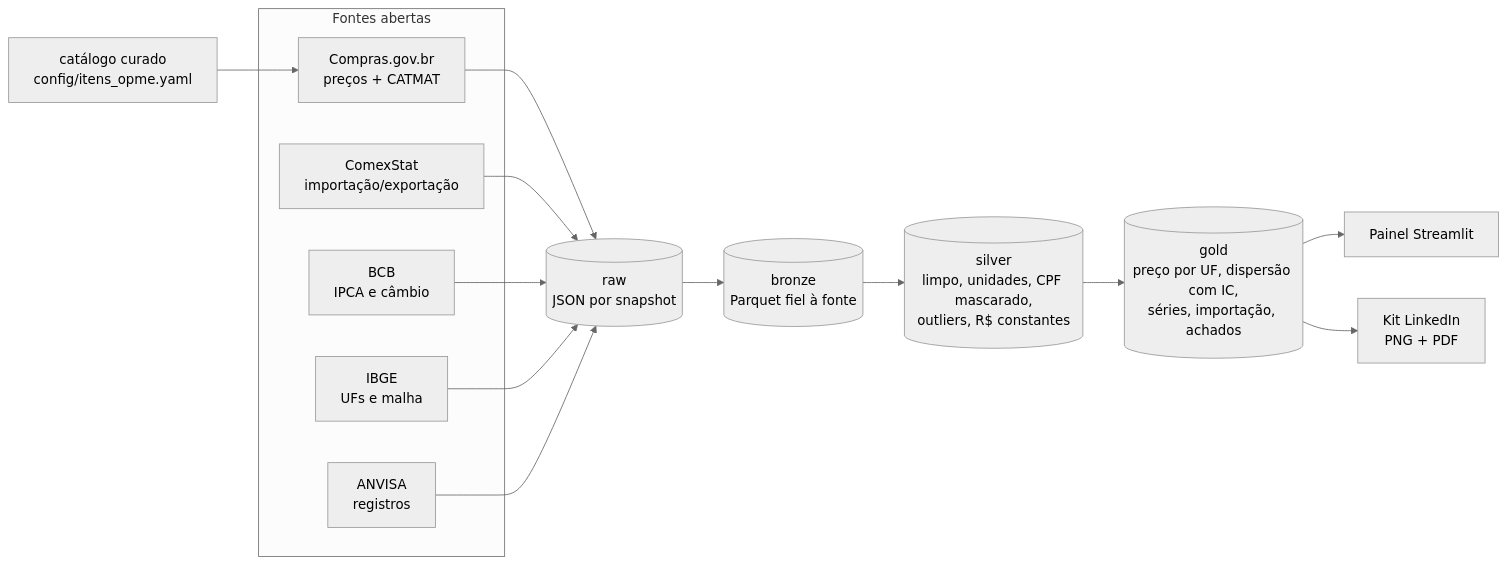
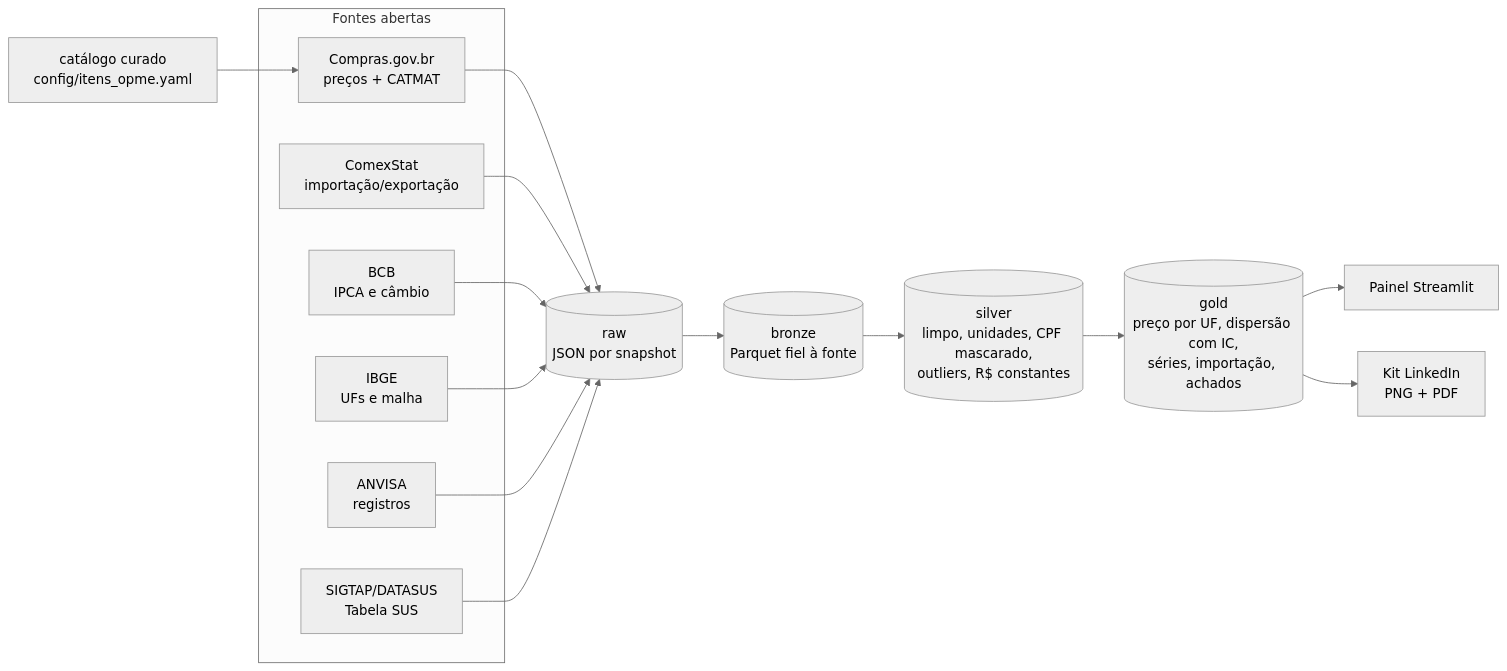
Before and after one commit to gorc-supply/raio-x-opme: the diagram in README.md, drawn with Mermaid (neutral theme). The commit also changed other lines of this file and 37 other files, not shown here.

First line of the commit message:
feat(sigtap): Tabela SUS (SIGTAP) × preço praticado nas compras públicas

````diff
--- a/README.md
+++ b/README.md
@@ -56,17 +56,18 @@
 ```mermaid
 flowchart LR
     subgraph Fontes abertas
         A[Compras.gov.br<br/>preços + CATMAT]
         B[ComexStat<br/>importação/exportação]
         C[BCB<br/>IPCA e câmbio]
         D[IBGE<br/>UFs e malha]
         E[ANVISA<br/>registros]
+        F[SIGTAP/DATASUS<br/>Tabela SUS]
     end
-    A & B & C & D & E --> R[(raw<br/>JSON por snapshot)]
+    A & B & C & D & E & F --> R[(raw<br/>JSON por snapshot)]
     R --> BZ[(bronze<br/>Parquet fiel à fonte)]
     BZ --> S[(silver<br/>limpo, unidades, CPF mascarado,<br/>outliers, R$ constantes)]
     S --> G[(gold<br/>preço por UF, dispersão com IC,<br/>séries, importação, achados)]
     G --> P[Painel Streamlit]
     G --> L[Kit LinkedIn<br/>PNG + PDF]
     K[catálogo curado<br/>config/itens_opme.yaml] --> A
 ```
````
